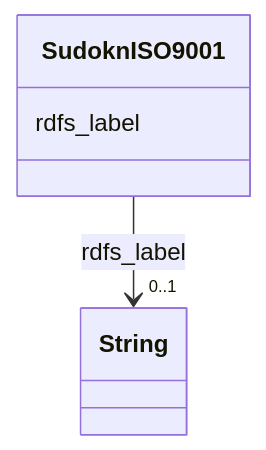
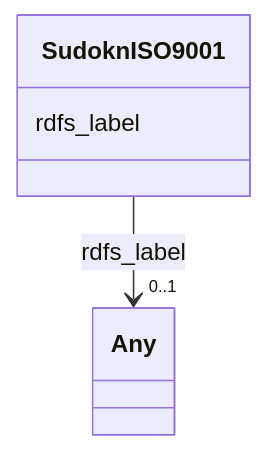
The diagram in sudokn-kg/classes/SudoknISO9001.md (frink-okn/graph-descriptions), drawn with Mermaid before and after one commit. The commit also changed other lines of this file and 903 other files, not shown here.

````diff
--- a/sudokn-kg/classes/SudoknISO9001.md
+++ b/sudokn-kg/classes/SudoknISO9001.md
@@ -23,15 +18,15 @@
 ```mermaid
  classDiagram
     class SudoknISO9001
     click SudoknISO9001 href "../SudoknISO9001"
       SudoknISO9001 : rdfs_label
         
           
     
     
-    SudoknISO9001 --> "0..1" String : rdfs_label
-    click String href "../String"
+    SudoknISO9001 --> "0..1" Any : rdfs_label
+    click Any href "../Any"
 
         
       
 ```
````
